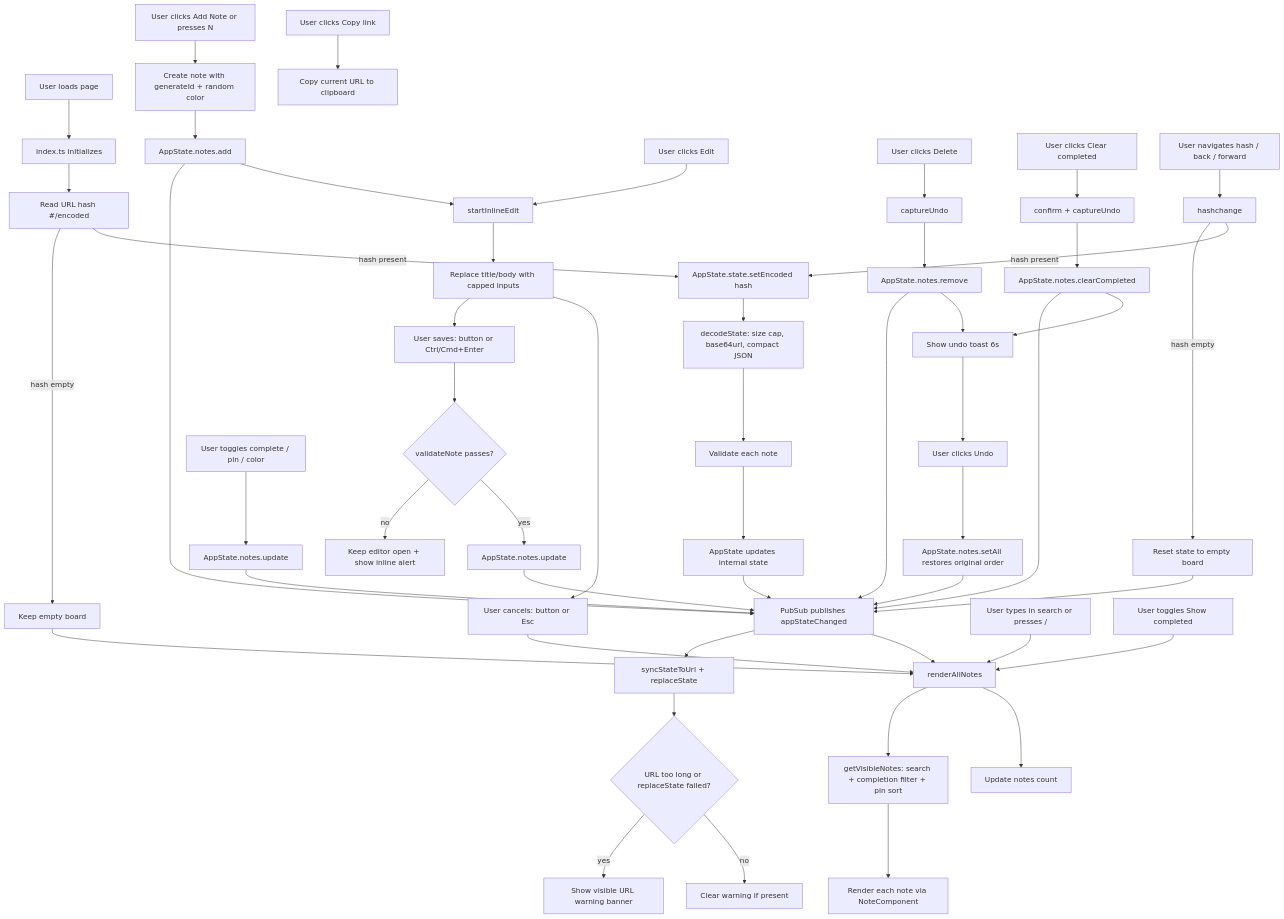
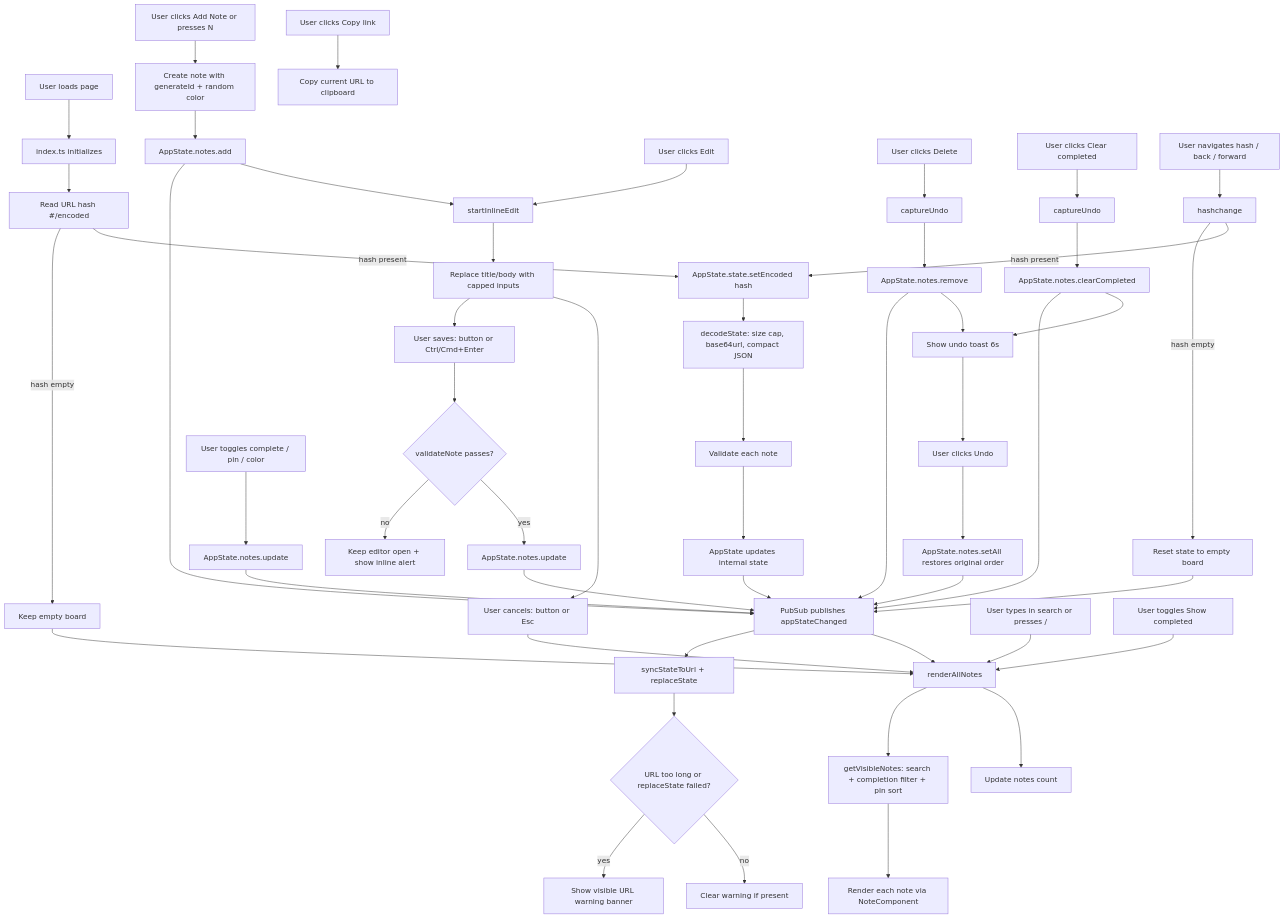
The diagram in APP_FLOW.md (hiimalexjgarcia/base64-encoded-state-test), drawn with Mermaid before and after one commit. The commit also changed other lines of this file and 3 other files, not shown here.

First line of the commit message:
feat: drop clear-completed confirmation and debounce search

````diff
--- a/APP_FLOW.md
+++ b/APP_FLOW.md
@@ -3,59 +3,59 @@
 ```mermaid
 graph TD
     A[User loads page] --> B[index.ts initializes]
     B --> C[Read URL hash #/encoded]
     C -->|hash empty| D[Keep empty board]
     C -->|hash present| E[AppState.state.setEncoded hash]
     E --> F[decodeState: size cap, base64url, compact JSON]
     F --> G[Validate each note]
     G --> H[AppState updates internal state]
     D --> I[renderAllNotes]
     H --> J[PubSub publishes appStateChanged]
     J --> K[syncStateToUrl + replaceState]
     K --> L{URL too long or replaceState failed?}
     L -->|yes| M[Show visible URL warning banner]
     L -->|no| N[Clear warning if present]
     J --> I
     I --> O[getVisibleNotes: search + completion filter + pin sort]
     O --> P[Render each note via NoteComponent]
     I --> Q[Update notes count]
 
     R[User clicks Add Note or presses N] --> S[Create note with generateId + random color]
     S --> T[AppState.notes.add]
     T --> J
     T --> U[startInlineEdit]
 
     V[User clicks Edit] --> U
     U --> W[Replace title/body with capped inputs]
     W --> X[User saves: button or Ctrl/Cmd+Enter]
     X --> Y{validateNote passes?}
     Y -->|no| Z[Keep editor open + show inline alert]
     Y -->|yes| AA[AppState.notes.update]
     AA --> J
     W --> AB[User cancels: button or Esc]
     AB --> I
 
     AC[User toggles complete / pin / color] --> AD[AppState.notes.update]
     AD --> J
 
     AE[User clicks Delete] --> AF[captureUndo]
     AF --> AG[AppState.notes.remove]
     AG --> J
     AG --> AH[Show undo toast 6s]
     AH --> AI[User clicks Undo]
     AI --> AJ[AppState.notes.setAll restores original order]
     AJ --> J
 
-    AK[User clicks Clear completed] --> AL[confirm + captureUndo]
+    AK[User clicks Clear completed] --> AL[captureUndo]
     AL --> AM[AppState.notes.clearCompleted]
     AM --> J
     AM --> AH
 
     AN[User types in search or presses /] --> I
     AO[User toggles Show completed] --> I
     AP[User clicks Copy link] --> AQ[Copy current URL to clipboard]
     AR[User navigates hash / back / forward] --> AS[hashchange]
     AS -->|hash empty| AT[Reset state to empty board]
     AS -->|hash present| E
     AT --> J
 ```
````
